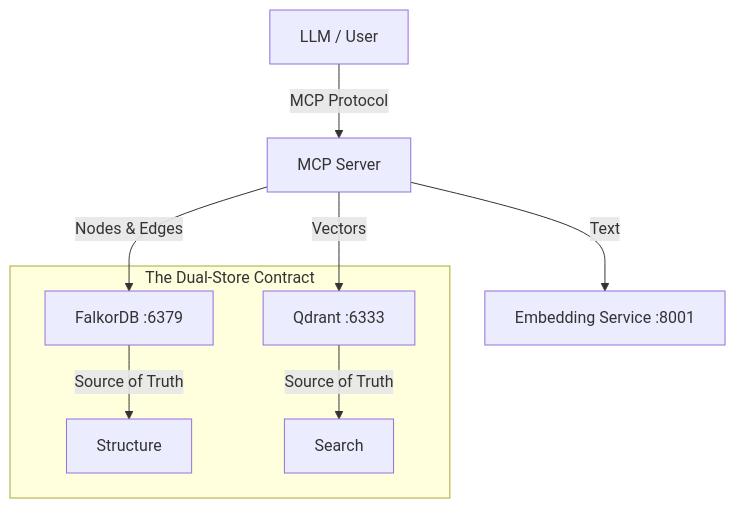
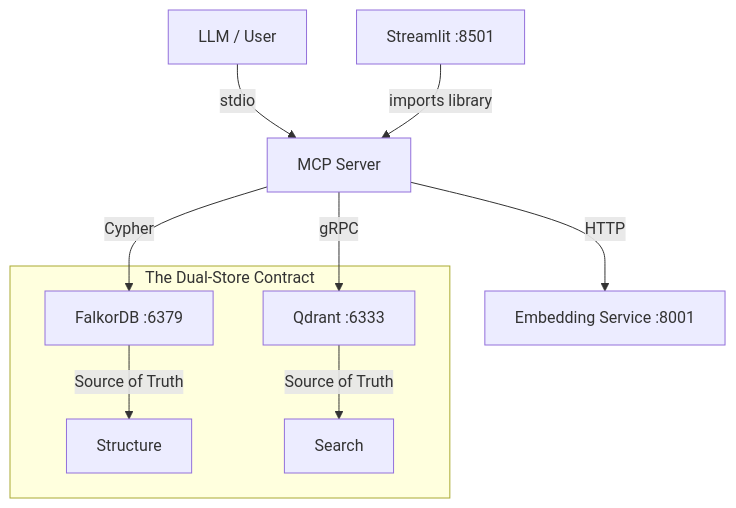
Before and after one commit to iikarus/claude-memory-mcp: the diagram in docs/REHYDRATION_DOCUMENT.md, drawn with Mermaid. The commit also changed other lines of this file and 18 other files, not shown here.

````diff
--- a/docs/REHYDRATION_DOCUMENT.md
+++ b/docs/REHYDRATION_DOCUMENT.md
@@ -55,12 +64,14 @@
 ```mermaid
 graph TD
-    User[LLM / User] -->|MCP Protocol| Server[MCP Server]
-    Server -->|Text| Embedder[Embedding Service :8001]
-    Server -->|Nodes & Edges| Graph[FalkorDB :6379]
-    Server -->|Vectors| Vector[Qdrant :6333]
+    User[LLM / User] -->|stdio| Server[MCP Server]
+    Server -->|HTTP| Embedder[Embedding Service :8001]
+    Server -->|Cypher| Graph[FalkorDB :6379]
+    Server -->|gRPC| Vector[Qdrant :6333]
 
     subgraph "The Dual-Store Contract"
     Graph -- Source of Truth --> Structure
     Vector -- Source of Truth --> Search
     end
+
+    Dashboard[Streamlit :8501] -->|imports library| Server
 ```
````
